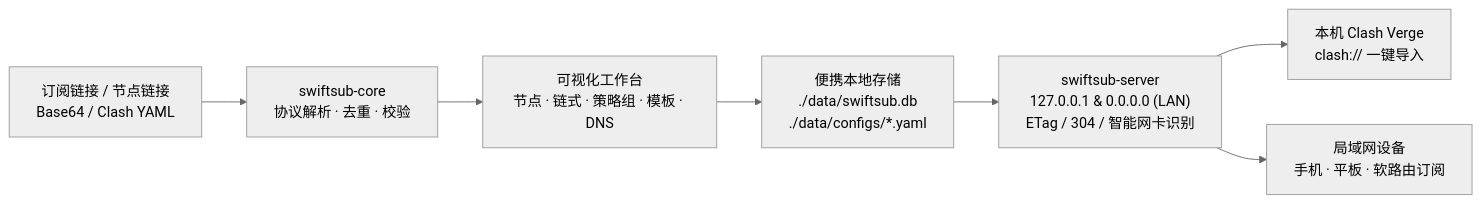
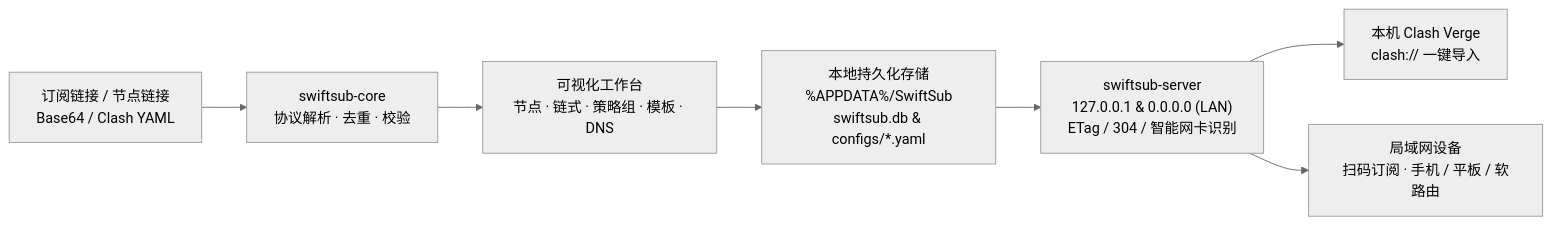
The diagram in README.md (youbilin/SwiftSub), drawn with Mermaid (neutral theme) before and after one commit. The commit also changed other lines of this file and 12 other files, not shown here.

Commit message:
release: SwiftSub v1.0.0 — Windows Setup installer, high-res UI previews, and polished README

````diff
--- a/README.md
+++ b/README.md
@@ -47,9 +86,9 @@
 ```mermaid
 flowchart LR
     A["订阅链接 / 节点链接<br/>Base64 / Clash YAML"] --> B["swiftsub-core<br/>协议解析 · 去重 · 校验"]
     B --> C["可视化工作台<br/>节点 · 链式 · 策略组 · 模板 · DNS"]
-    C --> D["便携本地存储<br/>./data/swiftsub.db<br/>./data/configs/*.yaml"]
+    C --> D["本地持久化存储<br/>%APPDATA%/SwiftSub<br/>swiftsub.db & configs/*.yaml"]
     D --> E["swiftsub-server<br/>127.0.0.1 & 0.0.0.0 (LAN)<br/>ETag / 304 / 智能网卡识别"]
     E --> F["本机 Clash Verge<br/>clash:// 一键导入"]
-    E --> G["局域网设备<br/>手机 · 平板 · 软路由订阅"]
+    E --> G["局域网设备<br/>扫码订阅 · 手机 / 平板 / 软路由"]
 ```
````
